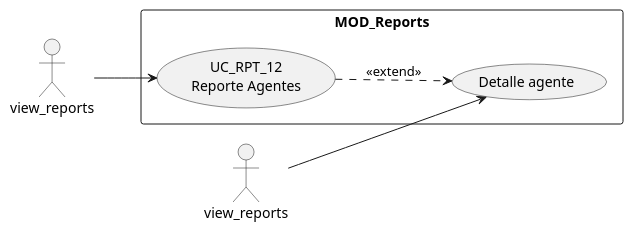
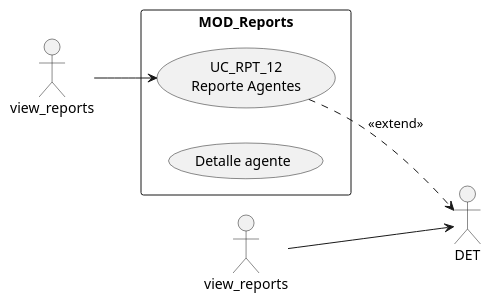
Before and after one commit to jcg-admin/IACT-docs: the diagram in source/requisitos/casos-uso/reports/uc-rpt-12/diagramas-uml/caso-de-uso.rst, drawn with PlantUML. The commit also changed 47 other files, not shown here.

First line of the commit message:
Fix cryptic PlantUML aliases in UC and architecture files (STD_011)

```diff
--- a/source/requisitos/casos-uso/reports/uc-rpt-12/diagramas-uml/caso-de-uso.rst
+++ b/source/requisitos/casos-uso/reports/uc-rpt-12/diagramas-uml/caso-de-uso.rst
@@ -4,14 +4,14 @@
 .. uml::
 
  @startuml
  left to right direction
  actor "view_reports" as view_reports
  actor "view_reports" as USRD
  rectangle "MOD_Reports" {
    usecase "UC_RPT_12\nReporte Agentes" as UC12
-   usecase "Detalle agente" as DET
+   usecase "Detalle agente" as VistaDetalle
  }
  view_reports --> UC12
  USRD --> DET
  UC12 ..> DET : <<extend>>
  @enduml
```
